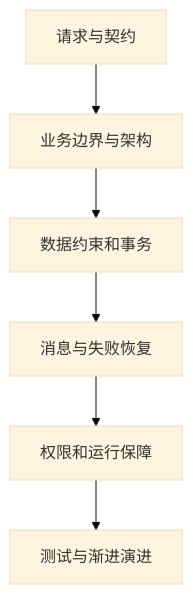
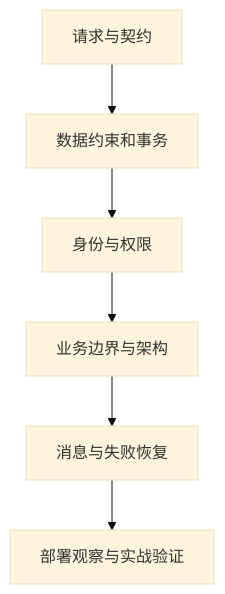
The diagram in content/后端知识/00-后端知识学习路线.md (jame100101/Personal-knowledge-base), drawn with Mermaid (base theme) before and after one commit. The commit also changed other lines of this file and 46 other files, not shown here.

````diff
--- a/content/后端知识/00-后端知识学习路线.md
+++ b/content/后端知识/00-后端知识学习路线.md
@@ -23,8 +23,8 @@
 ```mermaid
 flowchart TB
-  A[请求与契约] --> B[业务边界与架构]
-  B --> C[数据约束和事务]
-  C --> D[消息与失败恢复]
-  D --> E[权限和运行保障]
-  E --> F[测试与渐进演进]
+  A[请求与契约] --> B[数据约束和事务]
+  B --> C[身份与权限]
+  C --> D[业务边界与架构]
+  D --> E[消息与失败恢复]
+  E --> F[部署观察与实战验证]
 ```
````
